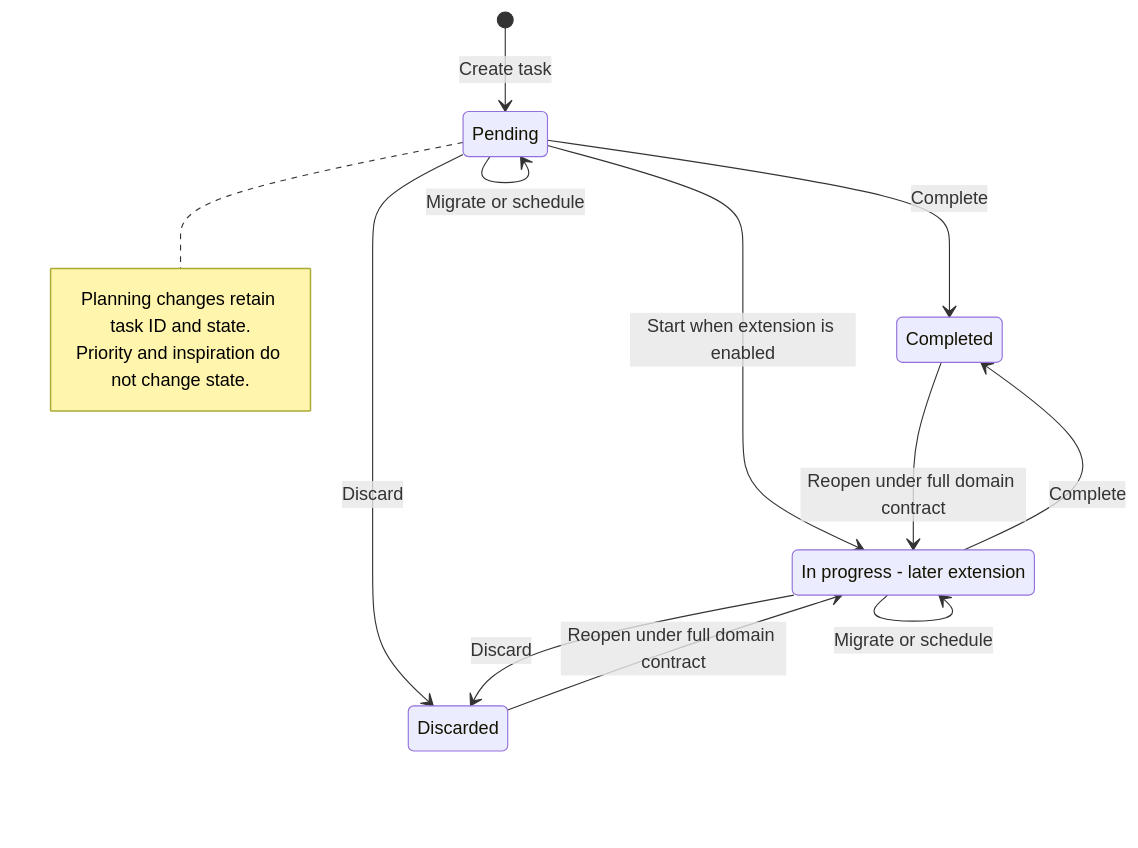
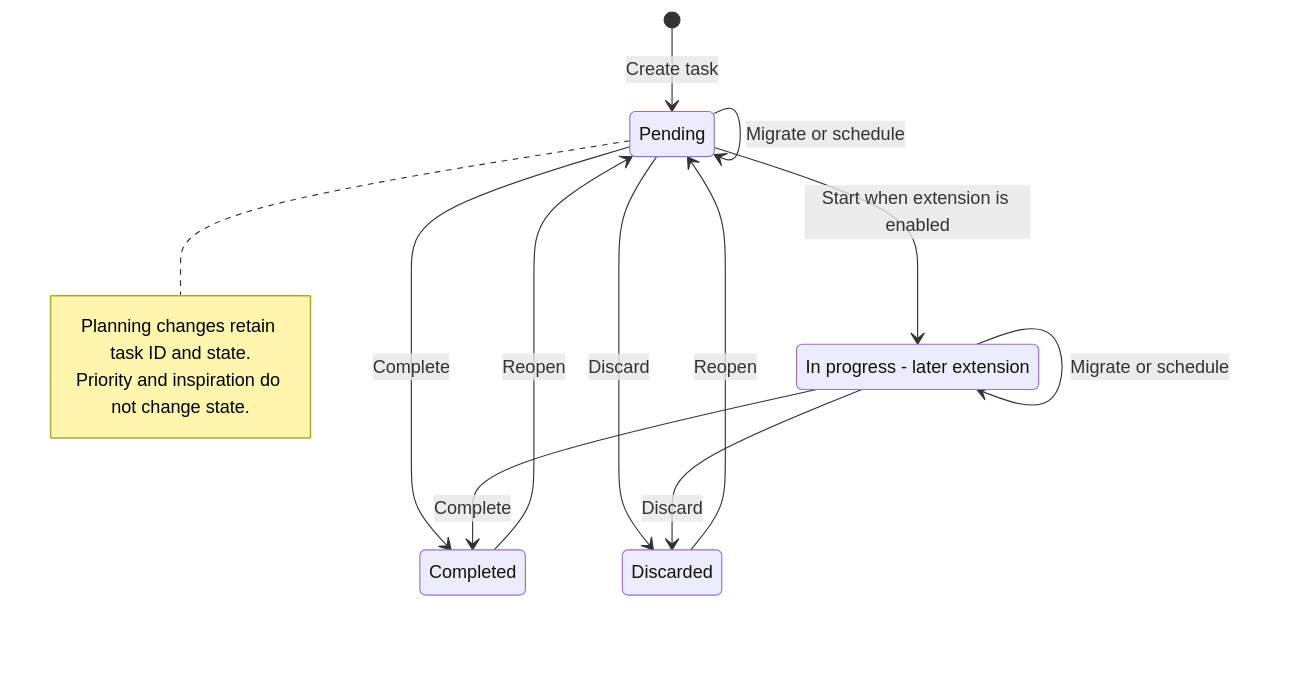
One commit to walter-gomez-wizeline/my_goals changed the third of 6 diagrams in specs/12-project-walkthrough-diagrams.md. Above: the diagram before and after it, drawn with Mermaid. The commit also changed other lines of this file and 12 other files, not shown here.

Commit message:
docs: specify first journal flow, wireframes, and execution backlog

````diff
--- a/specs/12-project-walkthrough-diagrams.md
+++ b/specs/12-project-walkthrough-diagrams.md
@@ -76,21 +76,21 @@
 ```mermaid
 stateDiagram-v2
     state "Pending" as Pending
     state "In progress - later extension" as InProgress
     state "Completed" as Completed
     state "Discarded" as Discarded
     [*] --> Pending: Create task
     Pending --> Completed: Complete
     Pending --> Discarded: Discard
     Pending --> InProgress: Start when extension is enabled
     InProgress --> Completed: Complete
     InProgress --> Discarded: Discard
-    Completed --> InProgress: Reopen under full domain contract
-    Discarded --> InProgress: Reopen under full domain contract
+    Completed --> Pending: Reopen
+    Discarded --> Pending: Reopen
     Pending --> Pending: Migrate or schedule
     InProgress --> InProgress: Migrate or schedule
     note right of Pending
         Planning changes retain task ID and state.
         Priority and inspiration do not change state.
     end note
 ```
````
